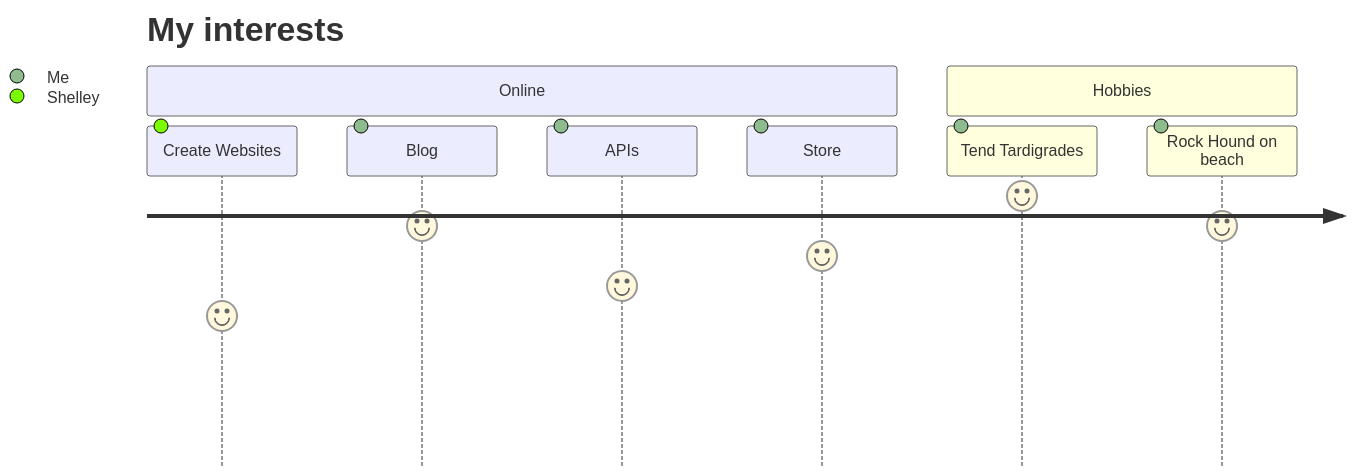
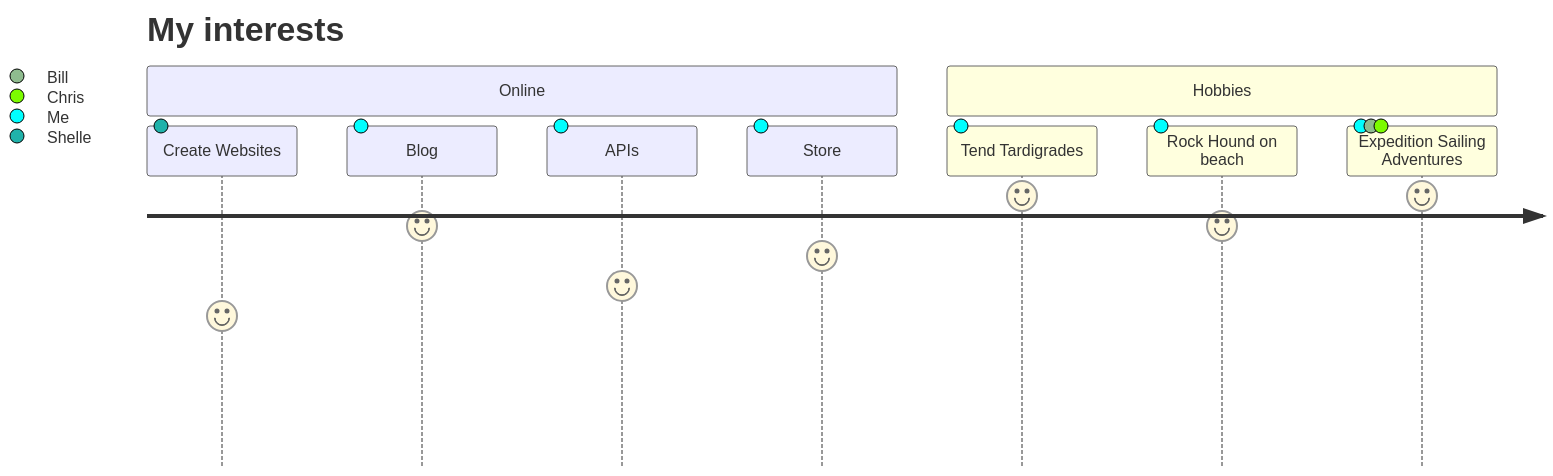
Before and after one commit to dewww/dewww.github.io: the diagram in README.md, drawn with Mermaid. The commit also changed other lines of this file, not shown here.

Commit message:
Update README.md
Add hobbies, foreclosure links

````diff
--- a/README.md
+++ b/README.md
@@ -3,12 +3,13 @@
 ```mermaid
 journey
     title My interests
     section Online
-      Create Websites: 5: Shelley
+      Create Websites: 5: Shelle
       Blog: 8: Me
       APIs: 6: Me
       Store: 7: Me
     section Hobbies
       Tend Tardigrades: 9: Me
       Rock Hound on beach: 8: Me
+      Expedition Sailing Adventures: 9: Me, Bill, Chris
 ```
````
